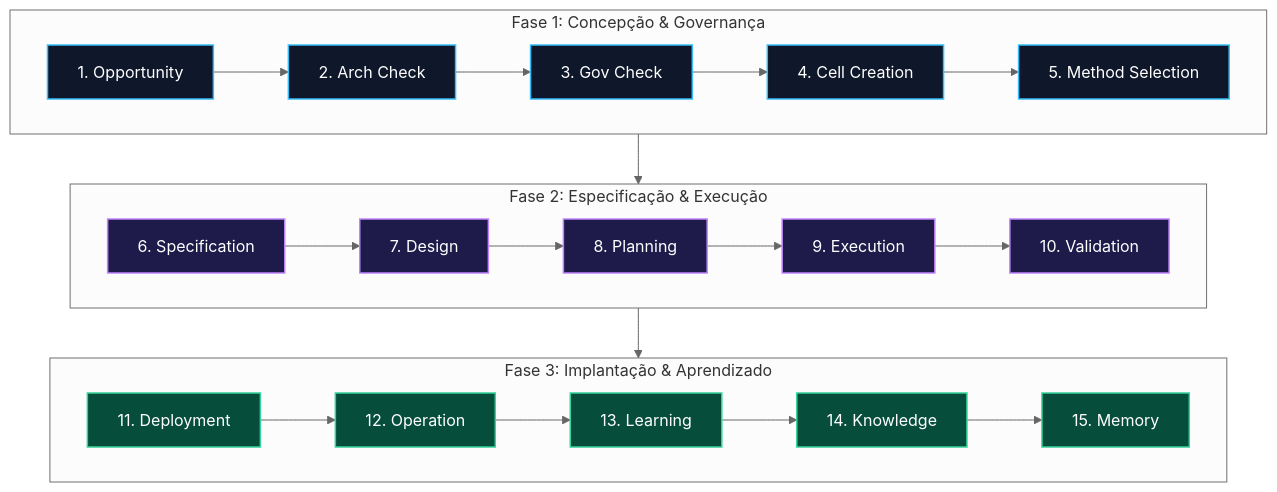
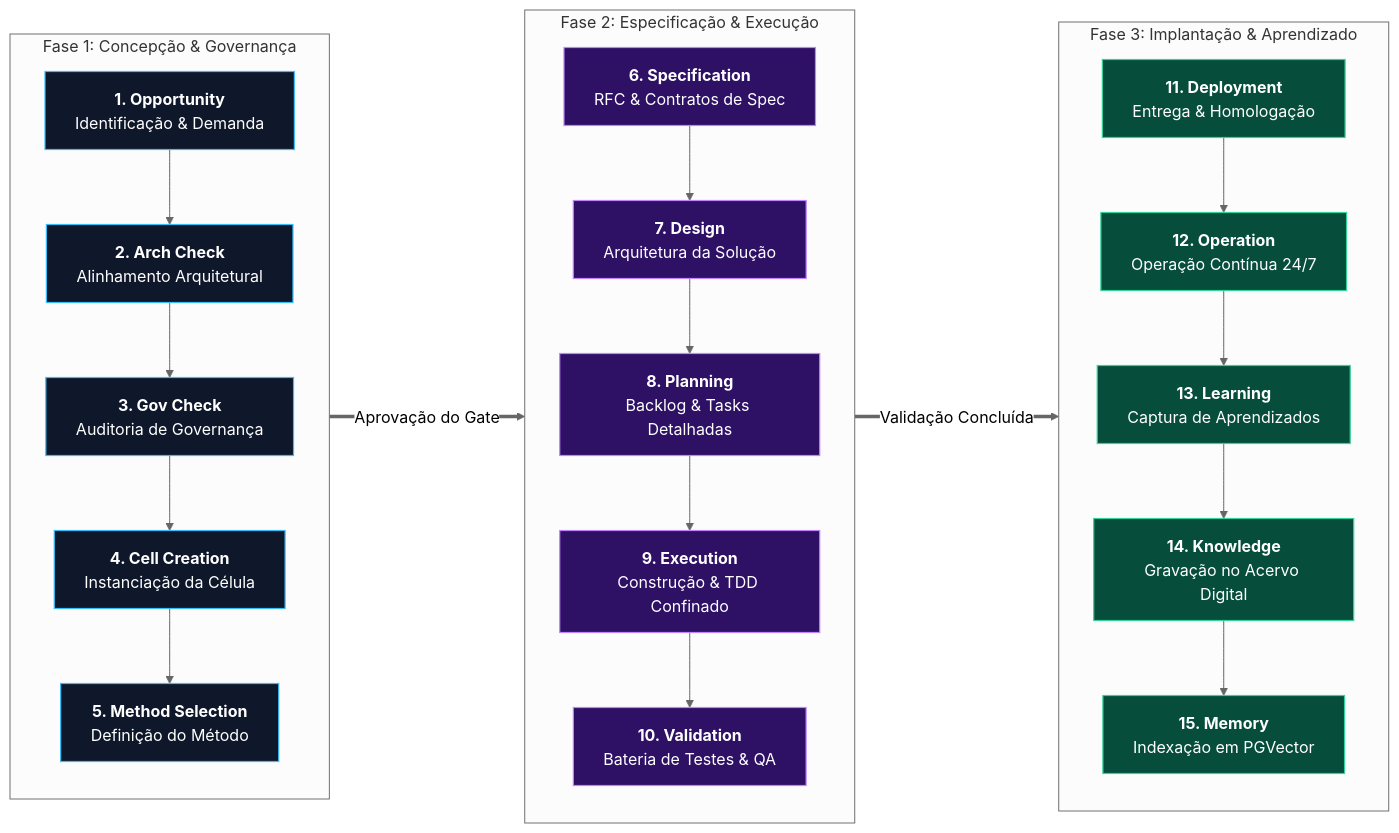
Before and after one commit to EnterDufter/PromptCoreLabs_AEOS: the fifth of 5 diagrams in governance/operating-model.md, drawn with Mermaid (neutral theme). The commit also changed other lines of this file and 8 other files, not shown here.

Commit message:
docs(mermaid): padronizar 15 diagramas calibrados v7 no repo, github pages e skill cortex

````diff
--- a/governance/operating-model.md
+++ b/governance/operating-model.md
@@ -340,23 +324,39 @@
 ```mermaid
-graph TD
-    classDef phase1 fill:#0f172a,stroke:#38bdf8,stroke-width:1.5px,color:#fff;
-    classDef phase2 fill:#1e1b4b,stroke:#c084fc,stroke-width:1.5px,color:#fff;
-    classDef phase3 fill:#064e3b,stroke:#34d399,stroke-width:1.5px,color:#fff;
+flowchart LR
+    classDef phase1 fill:#0f172a,stroke:#38bdf8,stroke-width:1.2px,color:#ffffff;
+    classDef phase2 fill:#2e1065,stroke:#c084fc,stroke-width:1.2px,color:#ffffff;
+    classDef phase3 fill:#064e3b,stroke:#34d399,stroke-width:1.2px,color:#ffffff;
 
-    subgraph P1["Fase 1: Concepção & Governança"]
-        direction LR
-        O["1. Opportunity"]:::phase1 --> AC["2. Arch Check"]:::phase1 --> GC["3. Gov Check"]:::phase1 --> ECC["4. Cell Creation"]:::phase1 --> MS["5. Method Selection"]:::phase1
+    subgraph Fase1 ["Fase 1: Concepção & Governança"]
+        direction TB
+        F1_1["<b>1. Opportunity</b><br/>Identificação & Demanda"]:::phase1
+        F1_2["<b>2. Arch Check</b><br/>Alinhamento Arquitetural"]:::phase1
+        F1_3["<b>3. Gov Check</b><br/>Auditoria de Governança"]:::phase1
+        F1_4["<b>4. Cell Creation</b><br/>Instanciação da Célula"]:::phase1
+        F1_5["<b>5. Method Selection</b><br/>Definição do Método"]:::phase1
+        F1_1 --> F1_2 --> F1_3 --> F1_4 --> F1_5
     end
 
-    subgraph P2["Fase 2: Especificação & Execução"]
-        direction LR
-        SP["6. Specification"]:::phase2 --> DS["7. Design"]:::phase2 --> PL["8. Planning"]:::phase2 --> EX["9. Execution"]:::phase2 --> VA["10. Validation"]:::phase2
+    subgraph Fase2 ["Fase 2: Especificação & Execução"]
+        direction TB
+        F2_1["<b>6. Specification</b><br/>RFC & Contratos de Spec"]:::phase2
+        F2_2["<b>7. Design</b><br/>Arquitetura da Solução"]:::phase2
+        F2_3["<b>8. Planning</b><br/>Backlog & Tasks Detalhadas"]:::phase2
+        F2_4["<b>9. Execution</b><br/>Construção & TDD Confinado"]:::phase2
+        F2_5["<b>10. Validation</b><br/>Bateria de Testes & QA"]:::phase2
+        F2_1 --> F2_2 --> F2_3 --> F2_4 --> F2_5
     end
 
-    subgraph P3["Fase 3: Implantação & Aprendizado"]
-        direction LR
-        DP["11. Deployment"]:::phase3 --> OP["12. Operation"]:::phase3 --> LE["13. Learning"]:::phase3 --> KU["14. Knowledge"]:::phase3 --> MU["15. Memory"]:::phase3
+    subgraph Fase3 ["Fase 3: Implantação & Aprendizado"]
+        direction TB
+        F3_1["<b>11. Deployment</b><br/>Entrega & Homologação"]:::phase3
+        F3_2["<b>12. Operation</b><br/>Operação Contínua 24/7"]:::phase3
+        F3_3["<b>13. Learning</b><br/>Captura de Aprendizados"]:::phase3
+        F3_4["<b>14. Knowledge</b><br/>Gravação no Acervo Digital"]:::phase3
+        F3_5["<b>15. Memory</b><br/>Indexação em PGVector"]:::phase3
+        F3_1 --> F3_2 --> F3_3 --> F3_4 --> F3_5
     end
 
-    P1 --> P2 --> P3
+    Fase1 ==>|"Aprovação do Gate"| Fase2
+    Fase2 ==>|"Validação Concluída"| Fase3
 ```
````
